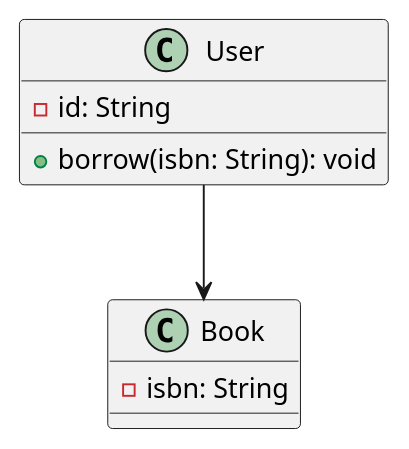
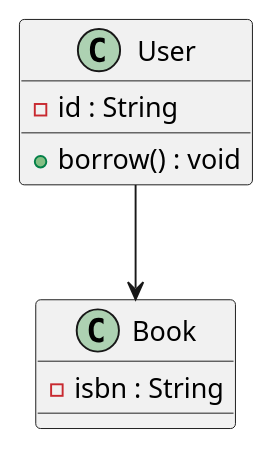
One commit to Betty-178/plantuml-to-mdj changed the first of 2 diagrams in README.md. Above: the diagram before and after it, drawn with PlantUML. The commit also changed other lines of this file and 6 other files, not shown here.

Commit message:
feat: add state diagram support

````diff
--- a/README.md
+++ b/README.md
@@ -62,14 +97,16 @@
 ```plantuml
 @startuml
+
 class User {
-  - id: String
-  + borrow(isbn: String): void
+  - id : String
+  + borrow() : void
 }
 
 class Book {
-  - isbn: String
+  - isbn : String
 }
 
 User --> Book
+
 @enduml
 ```
````
